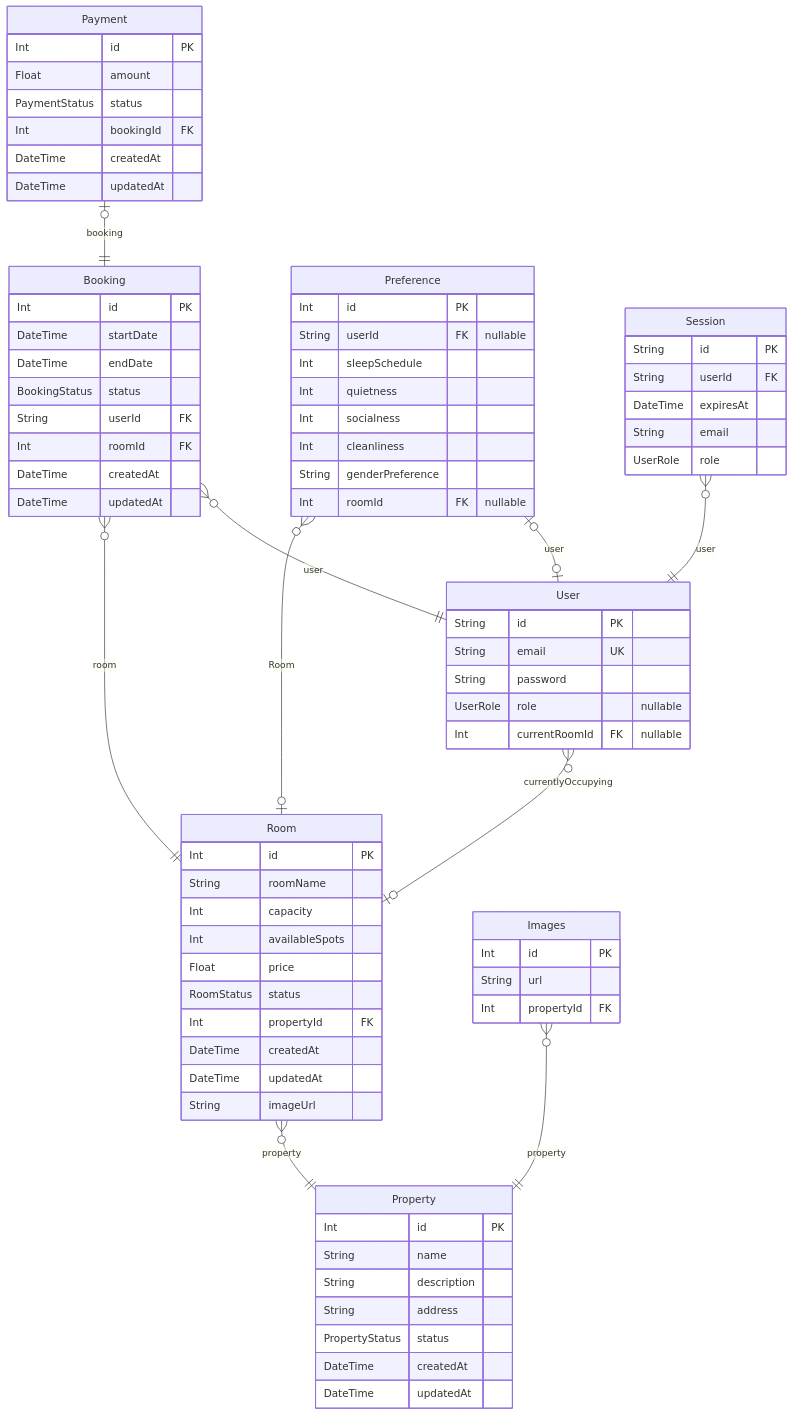
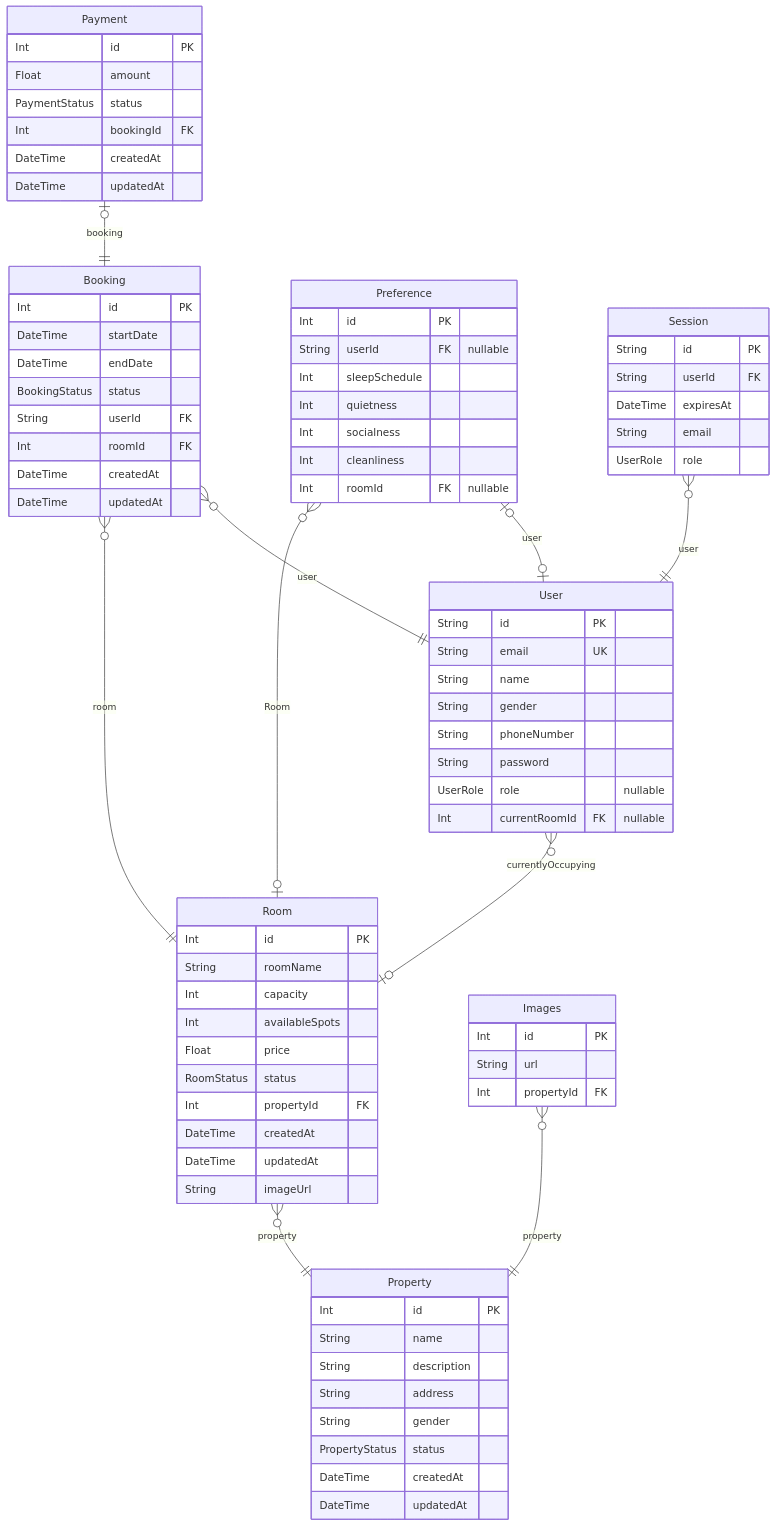
Before and after one commit to alidauda/maryam_work: the diagram in prisma/ERD.md, drawn with Mermaid. The commit also changed other lines of this file and 27 other files, not shown here.

```diff
--- a/prisma/ERD.md
+++ b/prisma/ERD.md
@@ -21,6 +21,9 @@
 "User" {
   String id PK
   String email UK
+  String name
+  String gender
+  String phoneNumber
   String password
   UserRole role "nullable"
   Int currentRoomId FK "nullable"
@@ -42,7 +45,6 @@
   Int quietness
   Int socialness
   Int cleanliness
-  String genderPreference
   Int roomId FK "nullable"
 }
 "Session" {
@@ -57,6 +59,7 @@
   String name
   String description
   String address
+  String gender
   PropertyStatus status
   DateTime createdAt
   DateTime updatedAt
```
